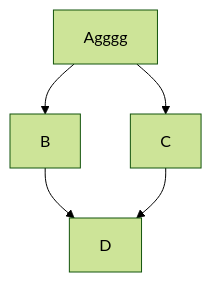
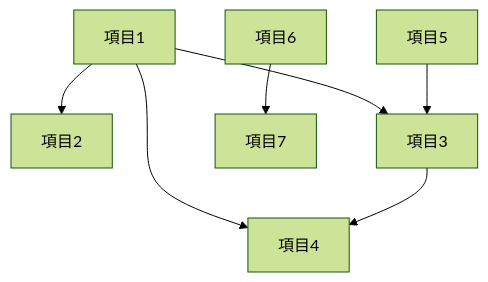
The diagram in README.md (24613/24613), drawn with Mermaid (forest theme) before and after one commit.

````diff
--- a/README.md
+++ b/README.md
@@ -23,7 +23,9 @@
 ```mermaid
 graph TD;
-    Agggg-->B;
-    Agggg-->C;
-    B-->D;
-    C-->D;
+    項目1-->項目2;
+    項目1-->項目3;
+    項目1-->項目4;
+    項目3-->項目4;
+    項目5-->項目3;
+    項目6-->項目7;
 ```
````
